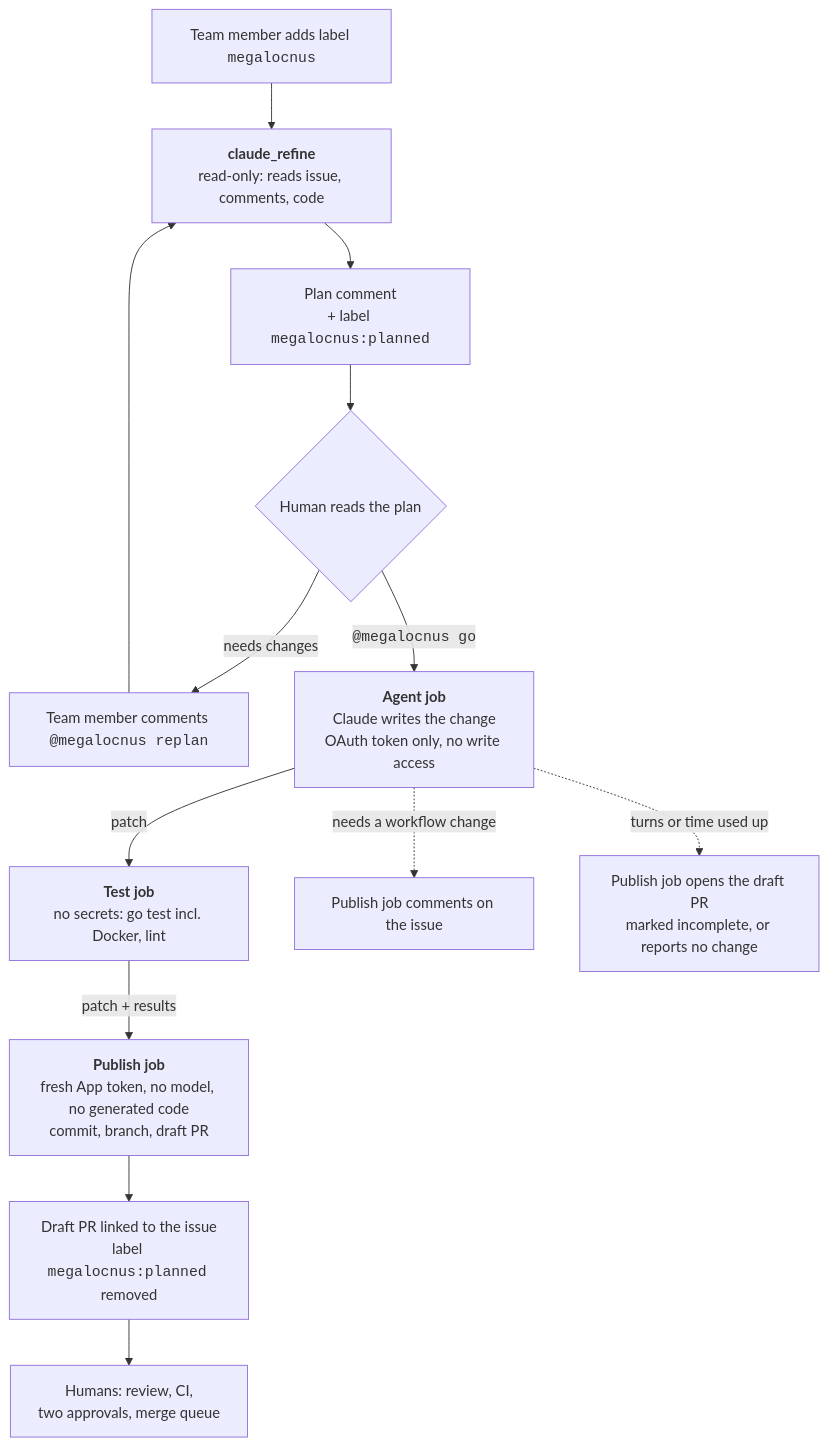
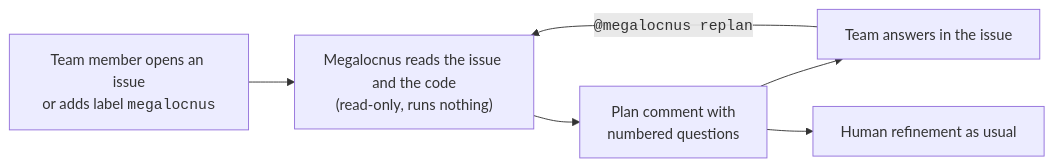
The diagram in docs/rfcs/0006-megalocnus-claude-coding-bot.md (neicnordic/sensitive-data-archive), drawn with Mermaid before and after one commit. The commit also changed other lines of this file and 1 other file, not shown here.

First line of the commit message:
docs(rfc): cut RFC-0006 down to a plan-only pilot

````diff
--- a/docs/rfcs/0006-megalocnus-claude-coding-bot.md
+++ b/docs/rfcs/0006-megalocnus-claude-coding-bot.md
@@ -63,15 +22,8 @@
 ```mermaid
-flowchart TD
-    label["Team member adds label <code>megalocnus</code>"] --> refine
-    replan["Team member comments <code>@megalocnus replan</code>"] --> refine
-    refine["<b>claude_refine</b><br/>read-only: reads issue, comments, code"] --> plan
-    plan["Plan comment<br/>+ label <code>megalocnus:planned</code>"] --> human{"Human reads the plan"}
-    human -- "needs changes" --> replan
-    human -- "<code>@megalocnus go</code>" --> agent
-    agent["<b>Agent job</b><br/>Claude writes the change<br/>OAuth token only, no write access"] -- "patch" --> test
-    test["<b>Test job</b><br/>no secrets: go test incl. Docker, lint"] -- "patch + results" --> publish
-    publish["<b>Publish job</b><br/>fresh App token, no model, no generated code<br/>commit, branch, draft PR"] --> pr
-    agent -. "needs a workflow change" .-> stop["Publish job comments on the issue"]
-    agent -. "turns or time used up" .-> partial["Publish job opens the draft PR<br/>marked incomplete, or reports no change"]
-    pr["Draft PR linked to the issue<br/>label <code>megalocnus:planned</code> removed"] --> review["Humans: review, CI,<br/>two approvals, merge queue"]
+flowchart LR
+    new["Team member opens an issue<br/>or adds label <code>megalocnus</code>"] --> bot["Megalocnus reads the issue and the code<br/>(read-only, runs nothing)"]
+    bot --> plan["Plan comment with<br/>numbered questions"]
+    plan --> answer["Team answers in the issue"]
+    answer -- "<code>@megalocnus replan</code>" --> bot
+    plan --> refinement["Human refinement as usual"]
 ```
````
